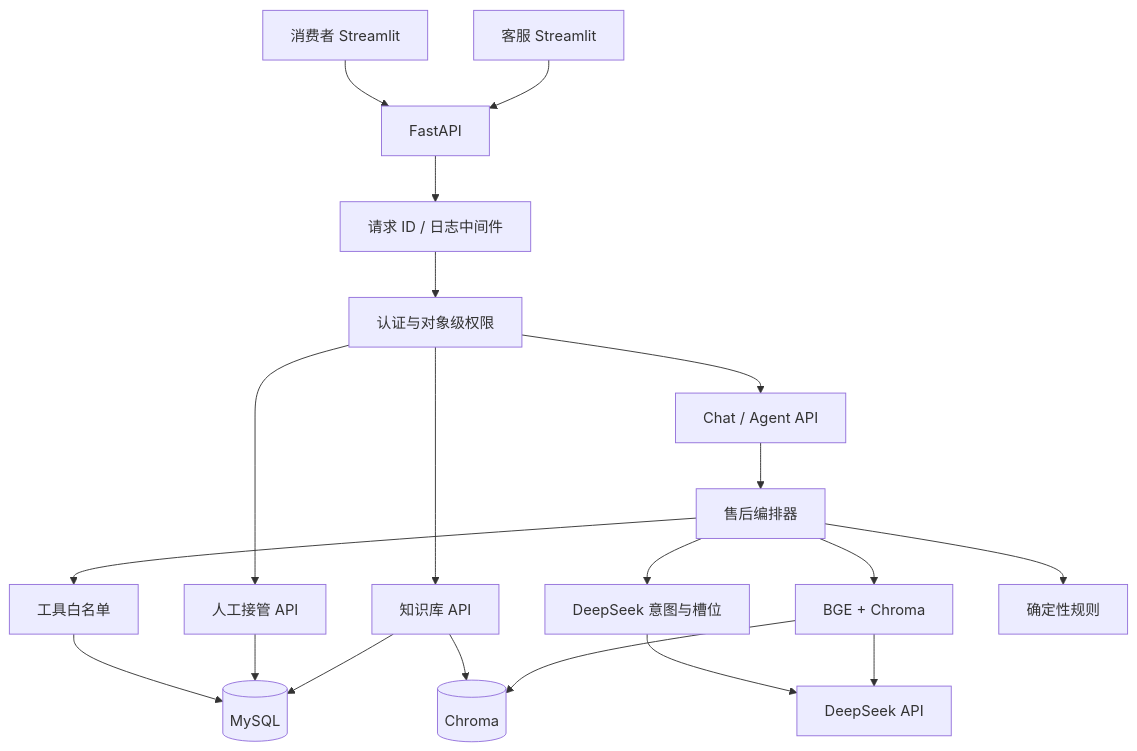
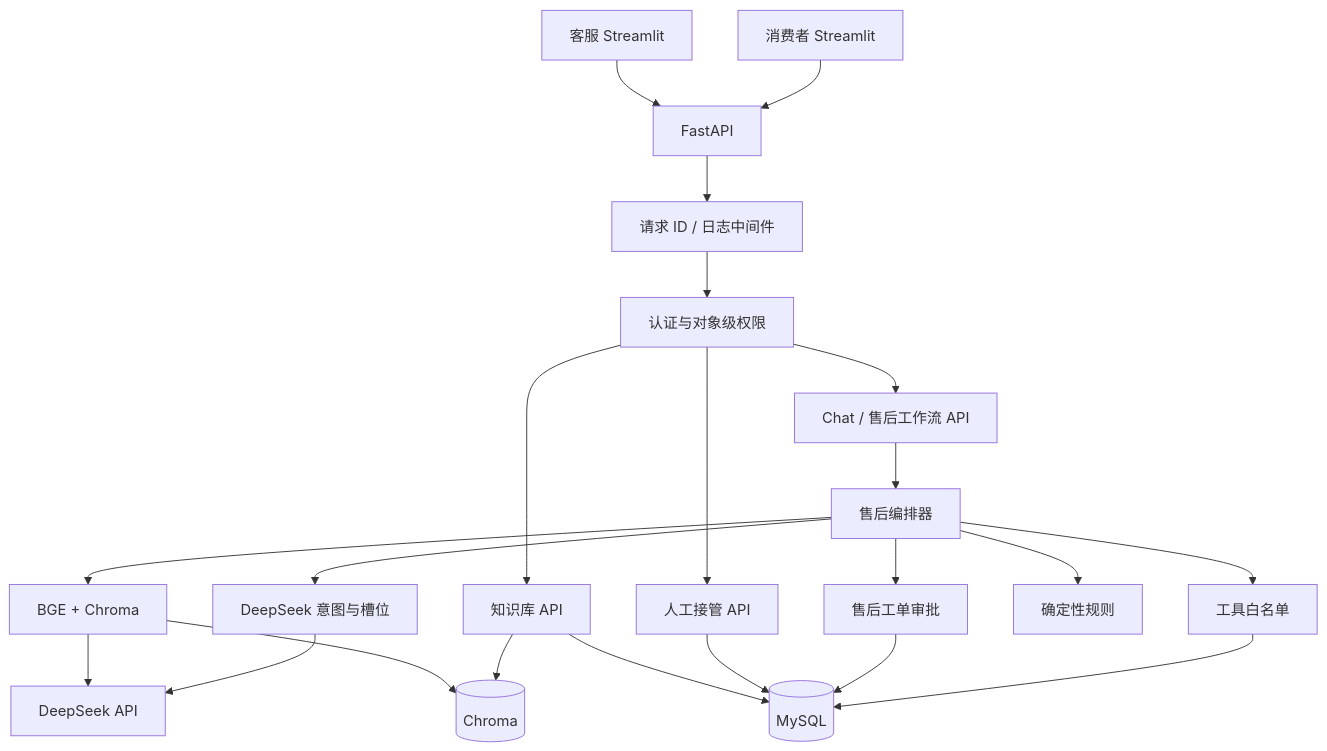
One commit to user-liniubi/smartshop changed the first of 6 diagrams in docs/ARCHITECTURE.md. Above: the diagram before and after it, drawn with Mermaid. The commit also changed other lines of this file and 12 other files, not shown here.

````diff
--- a/docs/ARCHITECTURE.md
+++ b/docs/ARCHITECTURE.md
@@ -8,25 +8,27 @@
 ```mermaid
 graph TB
     Consumer[消费者 Streamlit] --> API[FastAPI]
-    AgentUI[客服 Streamlit] --> API
+    SupportUI[客服 Streamlit] --> API
 
     API --> Request[请求 ID / 日志中间件]
     Request --> Auth[认证与对象级权限]
-    Auth --> Chat[Chat / Agent API]
+    Auth --> Chat[Chat / 售后工作流 API]
     Auth --> Knowledge[知识库 API]
     Auth --> Handoff[人工接管 API]
 
     Chat --> Orchestrator[售后编排器]
     Orchestrator --> Intent[DeepSeek 意图与槽位]
     Orchestrator --> Tools[工具白名单]
     Orchestrator --> RAG[BGE + Chroma]
     Orchestrator --> Rules[确定性规则]
 
     Tools --> MySQL[(MySQL)]
+    Orchestrator --> Tickets[售后工单审批]
+    Tickets --> MySQL
     Handoff --> MySQL
     Knowledge --> MySQL
     Knowledge --> Chroma[(Chroma)]
     RAG --> Chroma
     Intent --> DeepSeek[DeepSeek API]
     RAG --> DeepSeek
 ```
````
